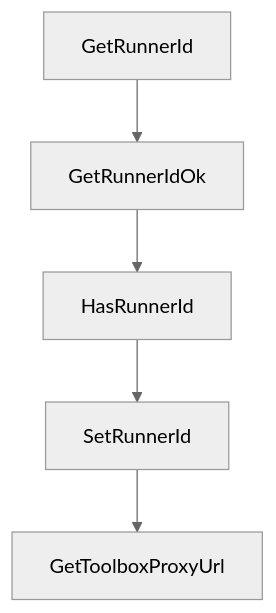
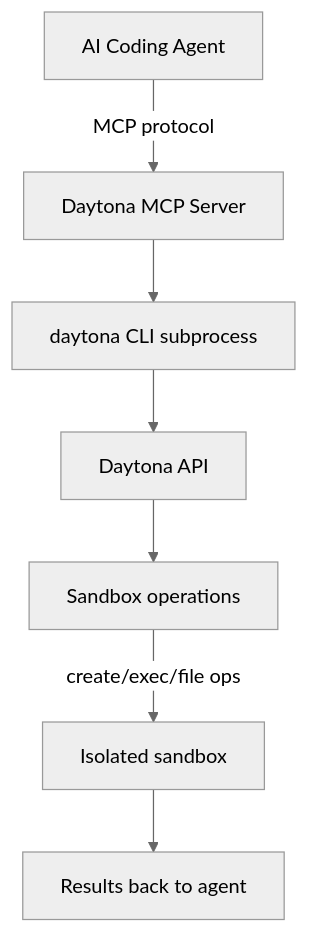
The diagram in tutorials/daytona-tutorial/05-mcp-agent-integration-and-tooling.md (johnxie/awesome-code-docs), drawn with Mermaid (neutral theme) before and after one commit. The commit also changed other lines of this file and 1232 other files, not shown here.

````diff
--- a/tutorials/daytona-tutorial/05-mcp-agent-integration-and-tooling.md
+++ b/tutorials/daytona-tutorial/05-mcp-agent-integration-and-tooling.md
@@ -210,12 +41,9 @@
 ```mermaid
 flowchart TD
-    A[GetRunnerId]
-    B[GetRunnerIdOk]
-    C[HasRunnerId]
-    D[SetRunnerId]
-    E[GetToolboxProxyUrl]
-    A --> B
-    B --> C
-    C --> D
-    D --> E
+    A[AI Coding Agent] -->|MCP protocol| B[Daytona MCP Server]
+    B --> C[daytona CLI subprocess]
+    C --> D[Daytona API]
+    D --> E[Sandbox operations]
+    E -->|create/exec/file ops| F[Isolated sandbox]
+    F --> G[Results back to agent]
 ```
````
